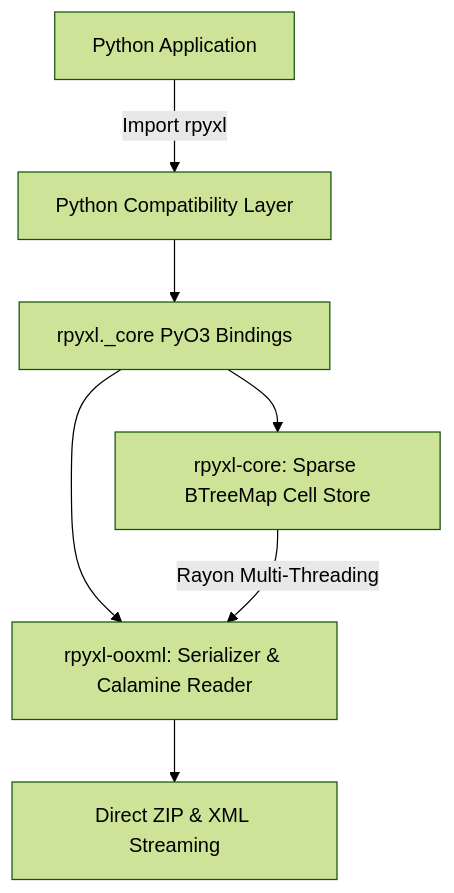
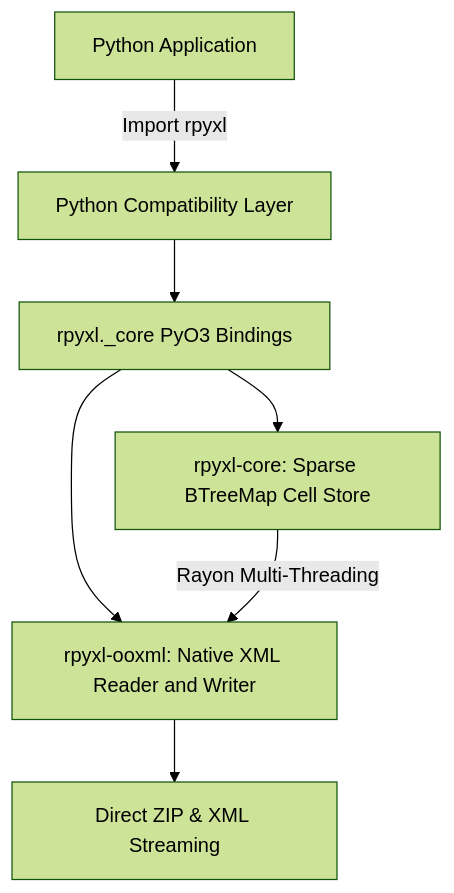
Before and after one commit to franckoj/rpyxl: the diagram in README.md, drawn with Mermaid (forest theme). The commit also changed other lines of this file and 6 other files, not shown here.

First line of the commit message:
Prepare 0.2.0 release and future backend roadmap

````diff
--- a/README.md
+++ b/README.md
@@ -192,9 +190,9 @@
 ```mermaid
 graph TD
     A[Python Application] -->|Import rpyxl| B[Python Compatibility Layer]
     B --> C[rpyxl._core PyO3 Bindings]
     C --> D[rpyxl-core: Sparse BTreeMap Cell Store]
-    C --> E[rpyxl-ooxml: Serializer & Calamine Reader]
+    C --> E[rpyxl-ooxml: Native XML Reader and Writer]
     E --> F[Direct ZIP & XML Streaming]
     D -->|Rayon Multi-Threading| E
 ```
````
